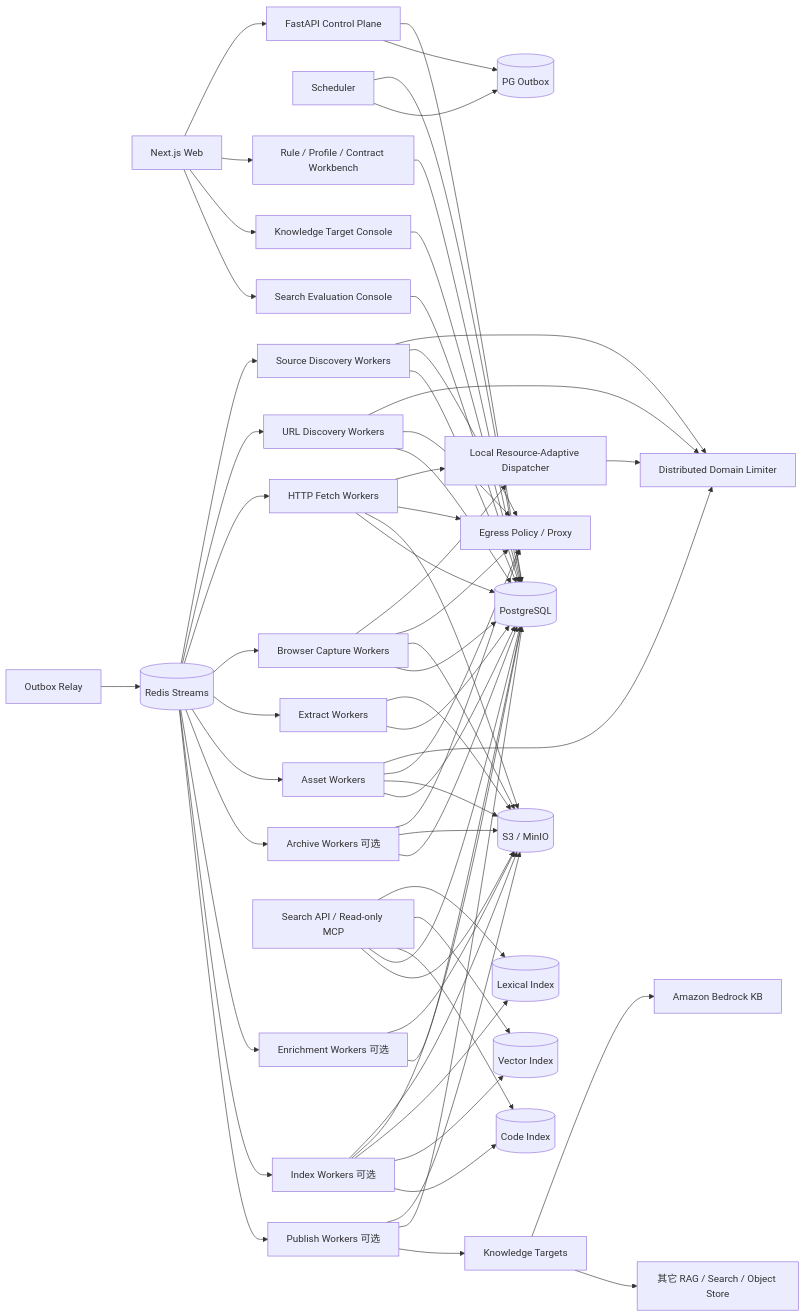
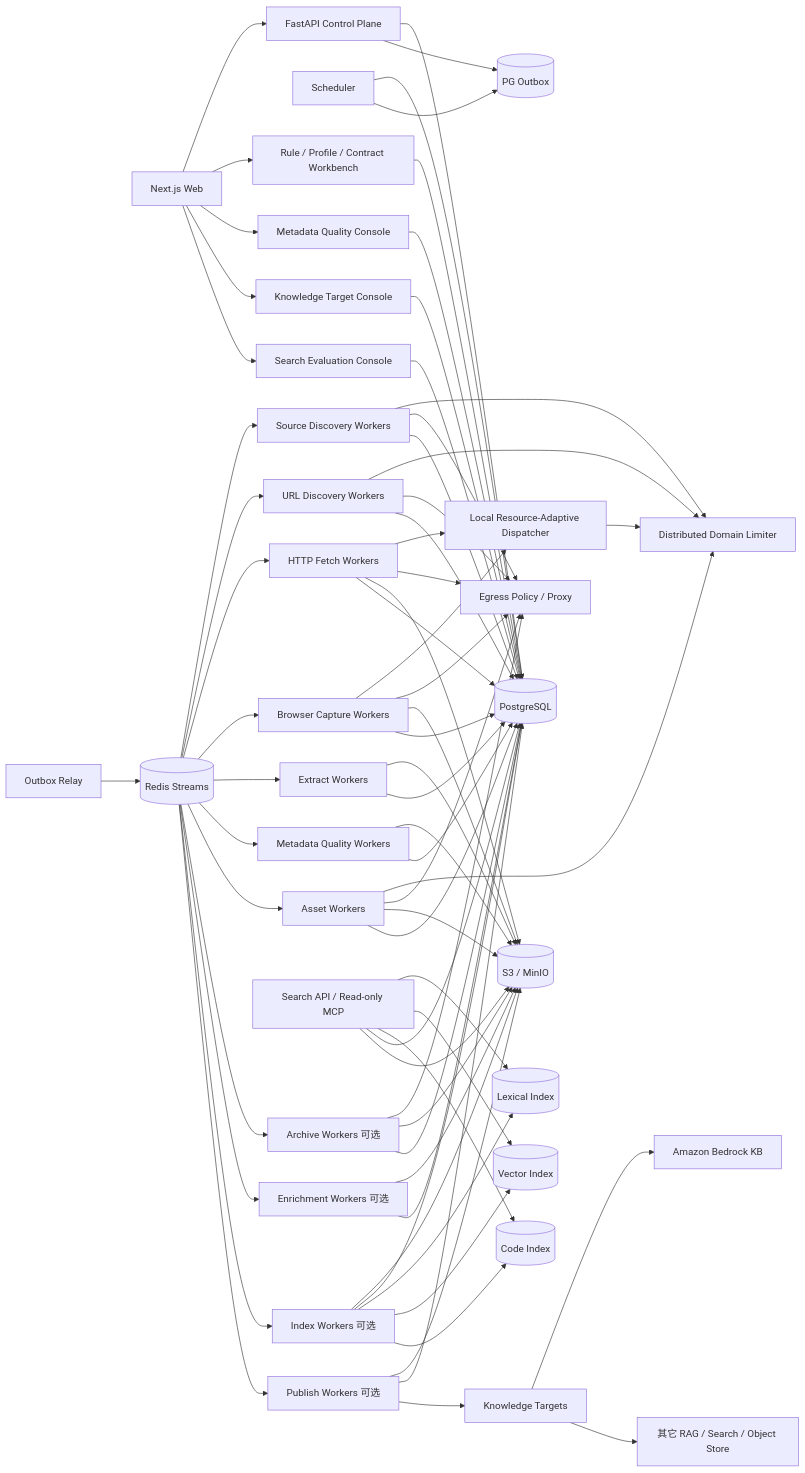
The diagram in 博客知识库技术方案.md (WorkerXu/my-doc), drawn with Mermaid before and after one commit. The commit also changed other lines of this file and 1 other file, not shown here.

````diff
--- a/博客知识库技术方案.md
+++ b/博客知识库技术方案.md
@@ -71,74 +72,79 @@
 ```mermaid
 flowchart LR
     UI[Next.js Web] --> API[FastAPI Control Plane]
     API --> PG[(PostgreSQL)]
     API --> OUT[(PG Outbox)]
     SCHED[Scheduler] --> PG
     SCHED --> OUT
     RELAY[Outbox Relay] --> REDIS[(Redis Streams)]
 
     REDIS --> SD[Source Discovery Workers]
     REDIS --> UD[URL Discovery Workers]
     REDIS --> HF[HTTP Fetch Workers]
     REDIS --> BF[Browser Capture Workers]
     REDIS --> EX[Extract Workers]
+    REDIS --> MQ[Metadata Quality Workers]
     REDIS --> AS[Asset Workers]
     REDIS --> AR[Archive Workers 可选]
     REDIS --> EN[Enrichment Workers 可选]
     REDIS --> IX[Index Workers 可选]
     REDIS --> PW[Publish Workers 可选]
 
     HF --> RAD[Local Resource-Adaptive Dispatcher]
     BF --> RAD
     RAD --> LIM[Distributed Domain Limiter]
     SD --> LIM
     UD --> LIM
     AS --> LIM
 
     SD --> EG[Egress Policy / Proxy]
     UD --> EG
     HF --> EG
     BF --> EG
     AS --> EG
     AR --> EG
 
     HF --> S3[(S3 / MinIO)]
     BF --> S3
     EX --> S3
+    MQ --> S3
     AS --> S3
     AR --> S3
     EN --> S3
     IX --> S3
     PW --> S3
 
     SD --> PG
     UD --> PG
     HF --> PG
     BF --> PG
     EX --> PG
+    MQ --> PG
     AS --> PG
     AR --> PG
     EN --> PG
     IX --> PG
     PW --> PG
 
     IX --> LEX[(Lexical Index)]
     IX --> VEC[(Vector Index)]
     IX --> CODE[(Code Index)]
     SEARCH[Search API / Read-only MCP] --> LEX
     SEARCH --> VEC
     SEARCH --> CODE
     SEARCH --> PG
     SEARCH --> S3
 
     PW --> KT[Knowledge Targets]
     KT --> BDK[Amazon Bedrock KB]
     KT --> EXT[其它 RAG / Search / Object Store]
 
     UI --> RC[Rule / Profile / Contract Workbench]
+    UI --> MC[Metadata Quality Console]
     UI --> KC[Knowledge Target Console]
     UI --> SC[Search Evaluation Console]
     RC --> PG
+    MC --> PG
     KC --> PG
     SC --> PG
 ```
````
